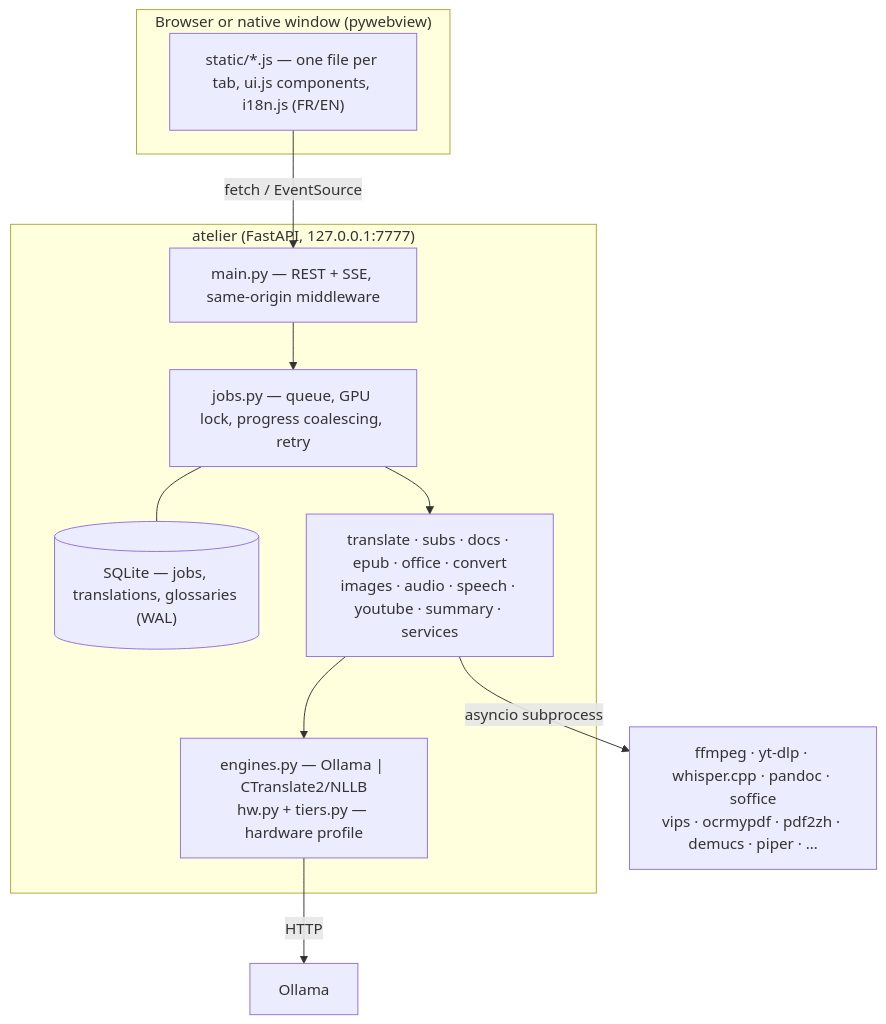
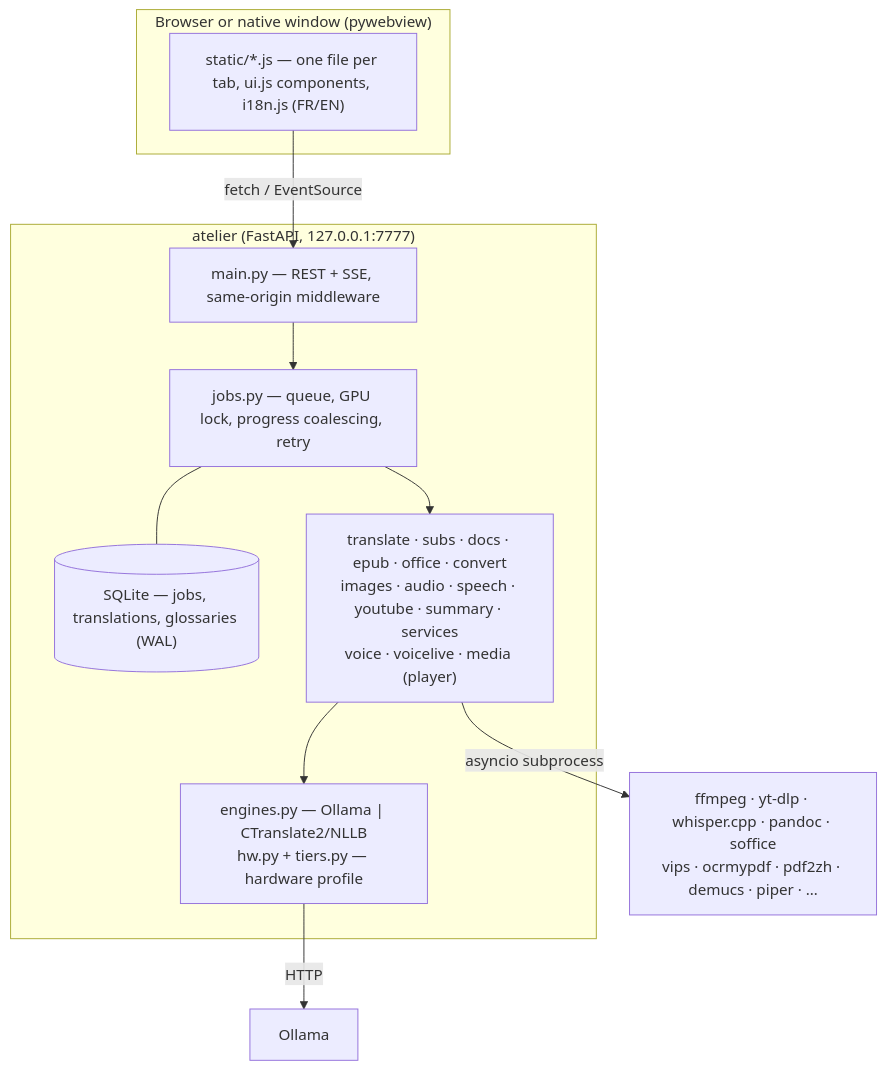
The diagram in docs/ARCHITECTURE.md (kerstz/atelier-hub), drawn with Mermaid before and after one commit. The commit also changed other lines of this file and 5 other files, not shown here.

First line of the commit message:
docs: galerie (onglet Audio avec voix), architecture, CI smoke21-22

````diff
--- a/docs/ARCHITECTURE.md
+++ b/docs/ARCHITECTURE.md
@@ -6,19 +6,19 @@
 ```mermaid
 flowchart TB
     subgraph Browser["Browser or native window (pywebview)"]
         UI["static/*.js — one file per tab, ui.js components, i18n.js (FR/EN)"]
     end
     subgraph Service["atelier (FastAPI, 127.0.0.1:7777)"]
         API["main.py — REST + SSE, same-origin middleware"]
         JOBS["jobs.py — queue, GPU lock, progress coalescing, retry"]
         DB[("SQLite — jobs, translations, glossaries (WAL)")]
         ENG["engines.py — Ollama | CTranslate2/NLLB<br/>hw.py + tiers.py — hardware profile"]
-        FEAT["translate · subs · docs · epub · office · convert<br/>images · audio · speech · youtube · summary · services"]
+        FEAT["translate · subs · docs · epub · office · convert<br/>images · audio · speech · youtube · summary · services<br/>voice · voicelive · media (player)"]
     end
     UI -- "fetch / EventSource" --> API
     API --> JOBS --> FEAT
     JOBS --- DB
     FEAT --> ENG
     FEAT -- "asyncio subprocess" --> CLI["ffmpeg · yt-dlp · whisper.cpp · pandoc · soffice<br/>vips · ocrmypdf · pdf2zh · demucs · piper · …"]
     ENG -- HTTP --> OLL["Ollama"]
 ```
````
